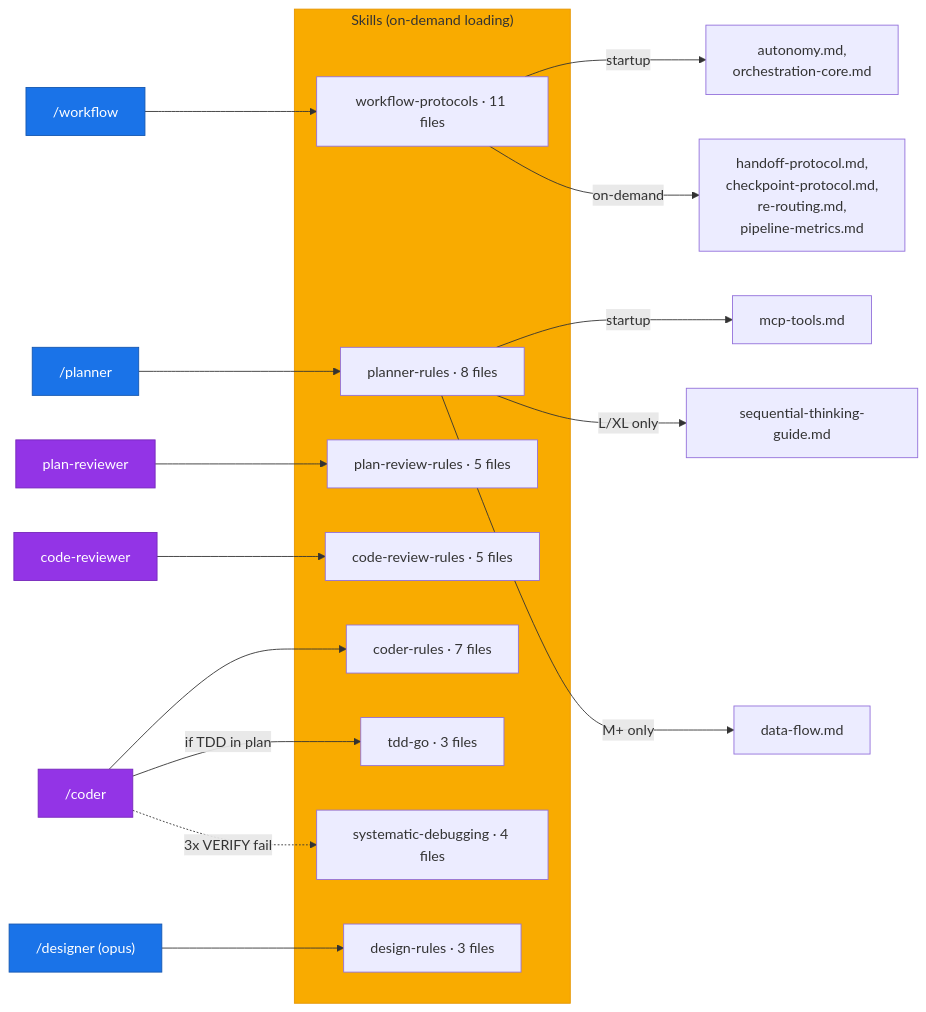
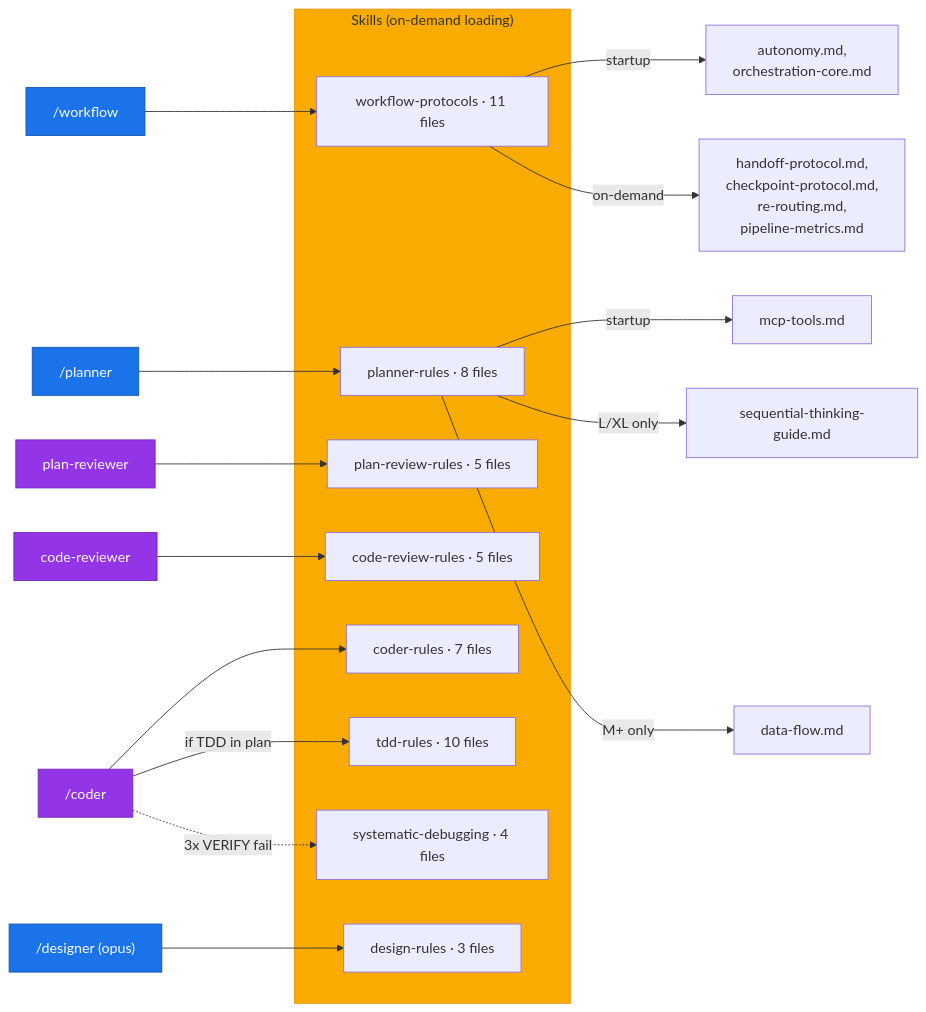
The fifth of 6 diagrams in README.md (hex0xdeadbeef/claude-kit), drawn with Mermaid before and after one commit. The commit also changed other lines of this file and 17 other files, not shown here.

First line of the commit message:
refactor(workflow): generic-fy tdd-go skill (tdd-rules + per-language tdd-shapes/<LANGUAGE>.md)

````diff
--- a/README.md
+++ b/README.md
@@ -434,37 +434,37 @@
 ```mermaid
 flowchart LR
     subgraph SKILLS ["Skills (on-demand loading)"]
         WP["workflow-protocols · 11 files"]
         PLR["planner-rules · 8 files"]
         CDR["coder-rules · 7 files"]
         PRR["plan-review-rules · 5 files"]
         CRR["code-review-rules · 5 files"]
-        TDD["tdd-go · 3 files"]
+        TDD["tdd-rules · 10 files"]
         DR["design-rules · 3 files"]
         SDB["systematic-debugging · 4 files"]
     end
 
     WF2["/workflow"] --> WP
     PL2["/planner"] --> PLR
     CO2["/coder"] --> CDR
     CO2 -->|"if TDD in plan"| TDD
     CO2 -.->|"3x VERIFY fail"| SDB
     DES2["/designer (opus)"] --> DR
     PREV["plan-reviewer"] --> PRR
     CREV["code-reviewer"] --> CRR
 
     WP -->|startup| A1["autonomy.md,<br/>orchestration-core.md"]
     WP -->|on-demand| A2["handoff-protocol.md,<br/>checkpoint-protocol.md,<br/>re-routing.md,<br/>pipeline-metrics.md"]
 
     PLR -->|startup| B1["mcp-tools.md"]
     PLR -->|"L/XL only"| B2["sequential-thinking-guide.md"]
     PLR -->|"M+ only"| B3["data-flow.md"]
 
     style SKILLS fill:#f9ab00,color:#333,stroke:#e69500
     style WF2 fill:#1a73e8,color:#fff,stroke:#1557b0
     style PL2 fill:#1a73e8,color:#fff,stroke:#1557b0
     style DES2 fill:#1a73e8,color:#fff,stroke:#1557b0
     style CO2 fill:#9334e6,color:#fff,stroke:#7627bb
     style PREV fill:#9334e6,color:#fff,stroke:#7627bb
     style CREV fill:#9334e6,color:#fff,stroke:#7627bb
 ```
````
